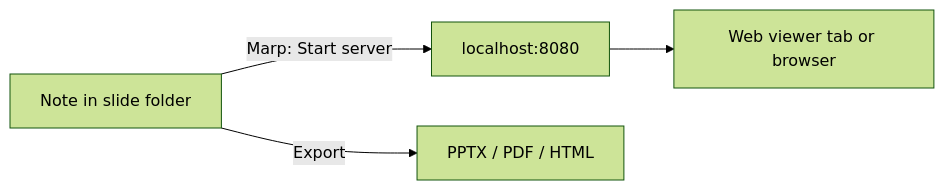
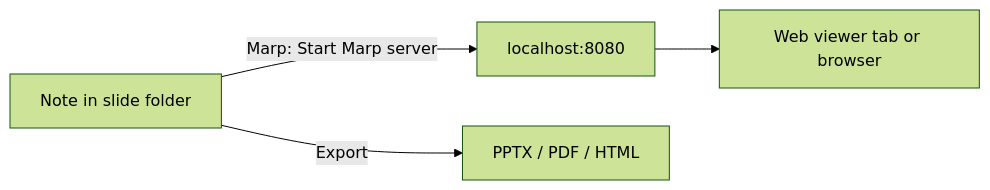
One commit to masaki39/obsidian-crystal changed the diagram in docs/en/marp.md. Above: the diagram before and after it, drawn with Mermaid (forest theme). The commit also changed other lines of this file and 37 other files, not shown here.

````diff
--- a/docs/en/marp.md
+++ b/docs/en/marp.md
@@ -98,6 +98,6 @@
 ```mermaid
 flowchart LR
-  A[Note in slide folder] -->|Marp: Start server| B["localhost:8080"]
+  A[Note in slide folder] -->|Marp: Start Marp server| B["localhost:8080"]
   B --> C[Web viewer tab or browser]
   A -->|Export| D[PPTX / PDF / HTML]
 ```
````
